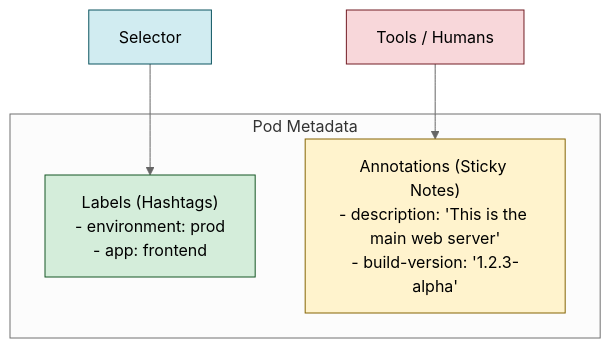
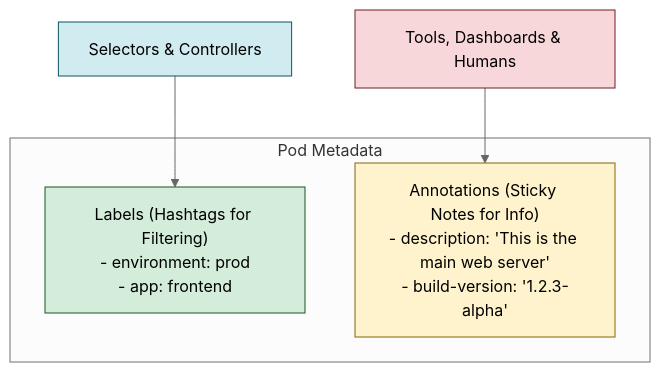
Before and after one commit to pdheeraj99/Kubernetes-Complete-Guide: the diagram in kubernetes-notes/concepts/06-annotations/notes.md, drawn with Mermaid (neutral theme). The commit also changed other lines of this file and 14 other files, not shown here.

````diff
--- a/kubernetes-notes/concepts/06-annotations/notes.md
+++ b/kubernetes-notes/concepts/06-annotations/notes.md
@@ -14,15 +19,15 @@
 ```mermaid
 graph TD
     subgraph Pod Metadata
-        L["Labels (Hashtags)<br/>- environment: prod<br/>- app: frontend"]
-        A["Annotations (Sticky Notes)<br/>- description: 'This is the main web server'<br/>- build-version: '1.2.3-alpha'"]
+        L["Labels (Hashtags for Filtering)<br/>- environment: prod<br/>- app: frontend"]
+        A["Annotations (Sticky Notes for Info)<br/>- description: 'This is the main web server'<br/>- build-version: '1.2.3-alpha'"]
     end
 
-    S[Selector] --> L
-    T[Tools / Humans] --> A
+    S[Selectors & Controllers] --> L
+    T[Tools, Dashboards & Humans] --> A
 
     style L fill:#d4edda,stroke:#155724
     style A fill:#fff3cd,stroke:#856404
     style S fill:#d1ecf1,stroke:#0c5460
     style T fill:#f8d7da,stroke:#721c24
 ```
````
